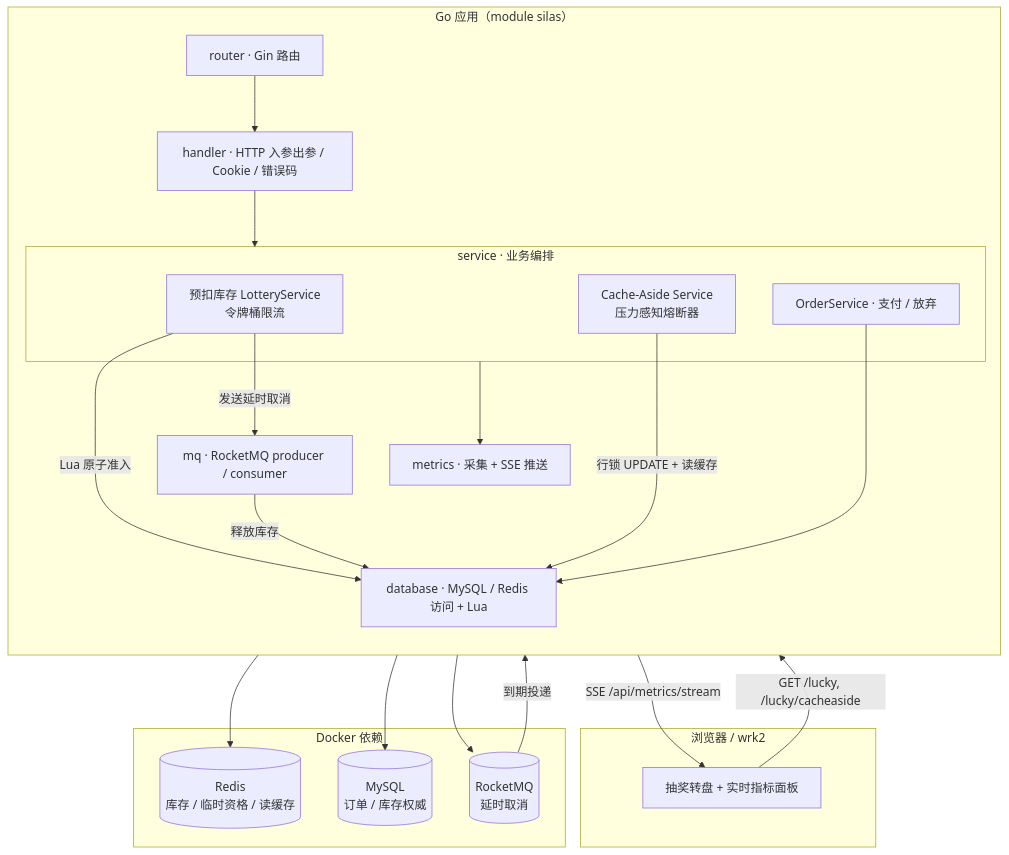
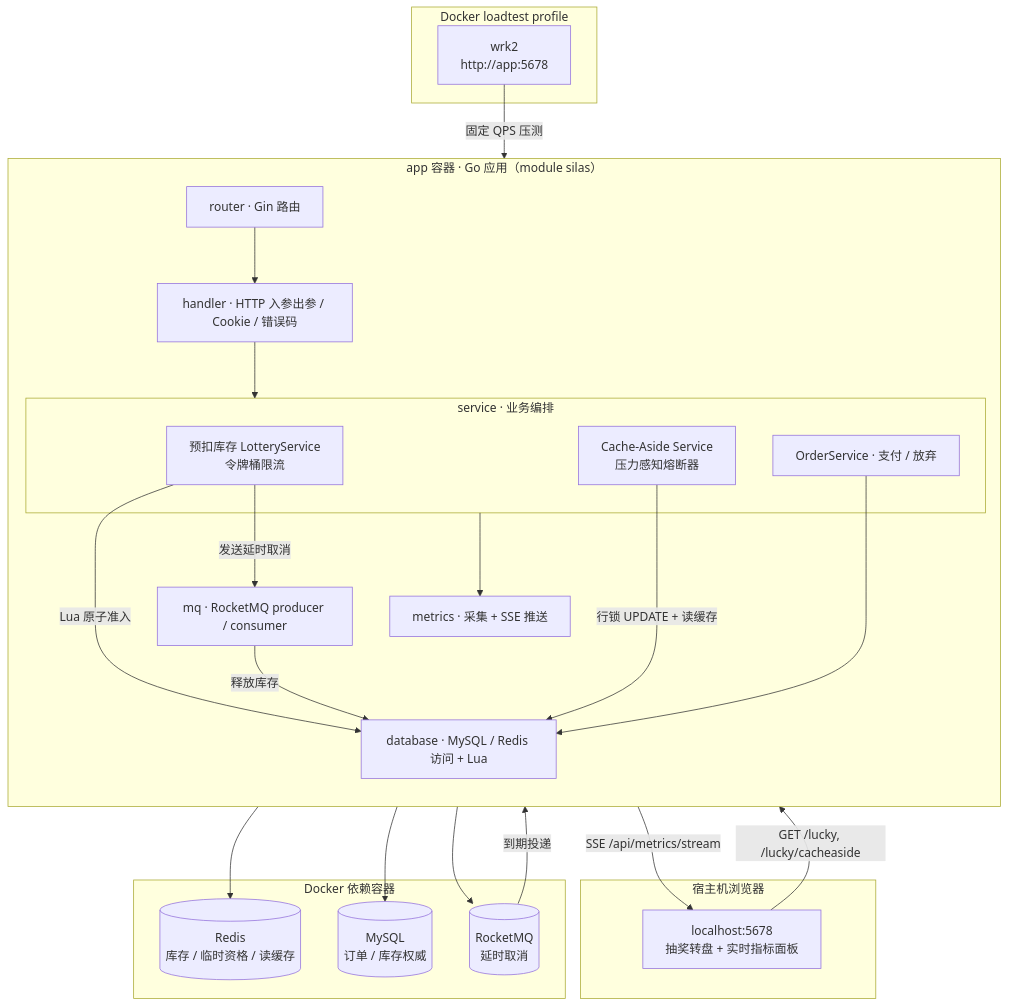
The first of 3 diagrams in readme.md (Silas-Go/lottery), drawn with Mermaid before and after one commit. The commit also changed other lines of this file and 16 other files, not shown here.

````diff
--- a/readme.md
+++ b/readme.md
@@ -100,36 +100,41 @@
 ```mermaid
 flowchart TB
-    subgraph Client["浏览器 / wrk2"]
-        UI["抽奖转盘 + 实时指标面板"]
+    subgraph Client["宿主机浏览器"]
+        UI["localhost:5678<br/>抽奖转盘 + 实时指标面板"]
     end
 
-    subgraph App["Go 应用（module silas）"]
+    subgraph LoadTest["Docker loadtest profile"]
+        WRK["wrk2<br/>http://app:5678"]
+    end
+
+    subgraph App["app 容器 · Go 应用（module silas）"]
         direction TB
         Router["router · Gin 路由"]
         Handler["handler · HTTP 入参出参 / Cookie / 错误码"]
         subgraph Service["service · 业务编排"]
             L1["预扣库存 LotteryService<br/>令牌桶限流"]
             L2["Cache-Aside Service<br/>压力感知熔断器"]
             Order["OrderService · 支付 / 放弃"]
         end
         DB["database · MySQL / Redis 访问 + Lua"]
         MQ["mq · RocketMQ producer / consumer"]
         Metrics["metrics · 采集 + SSE 推送"]
     end
 
-    subgraph Infra["Docker 依赖"]
+    subgraph Infra["Docker 依赖容器"]
         Redis[("Redis<br/>库存 / 临时资格 / 读缓存")]
         MySQL[("MySQL<br/>订单 / 库存权威")]
         Rocket[("RocketMQ<br/>延时取消")]
     end
 
     UI -->|"GET /lucky, /lucky/cacheaside"| Router --> Handler --> Service
+    WRK -->|"固定 QPS 压测"| Router
     L1 -->|"Lua 原子准入"| DB
     L2 -->|"行锁 UPDATE + 读缓存"| DB
     Order --> DB
     DB --> Redis
     DB --> MySQL
     L1 -->|"发送延时取消"| MQ --> Rocket
     Rocket -->|"到期投递"| MQ -->|"释放库存"| DB
     Service --> Metrics -->|"SSE /api/metrics/stream"| UI
 ```
````
